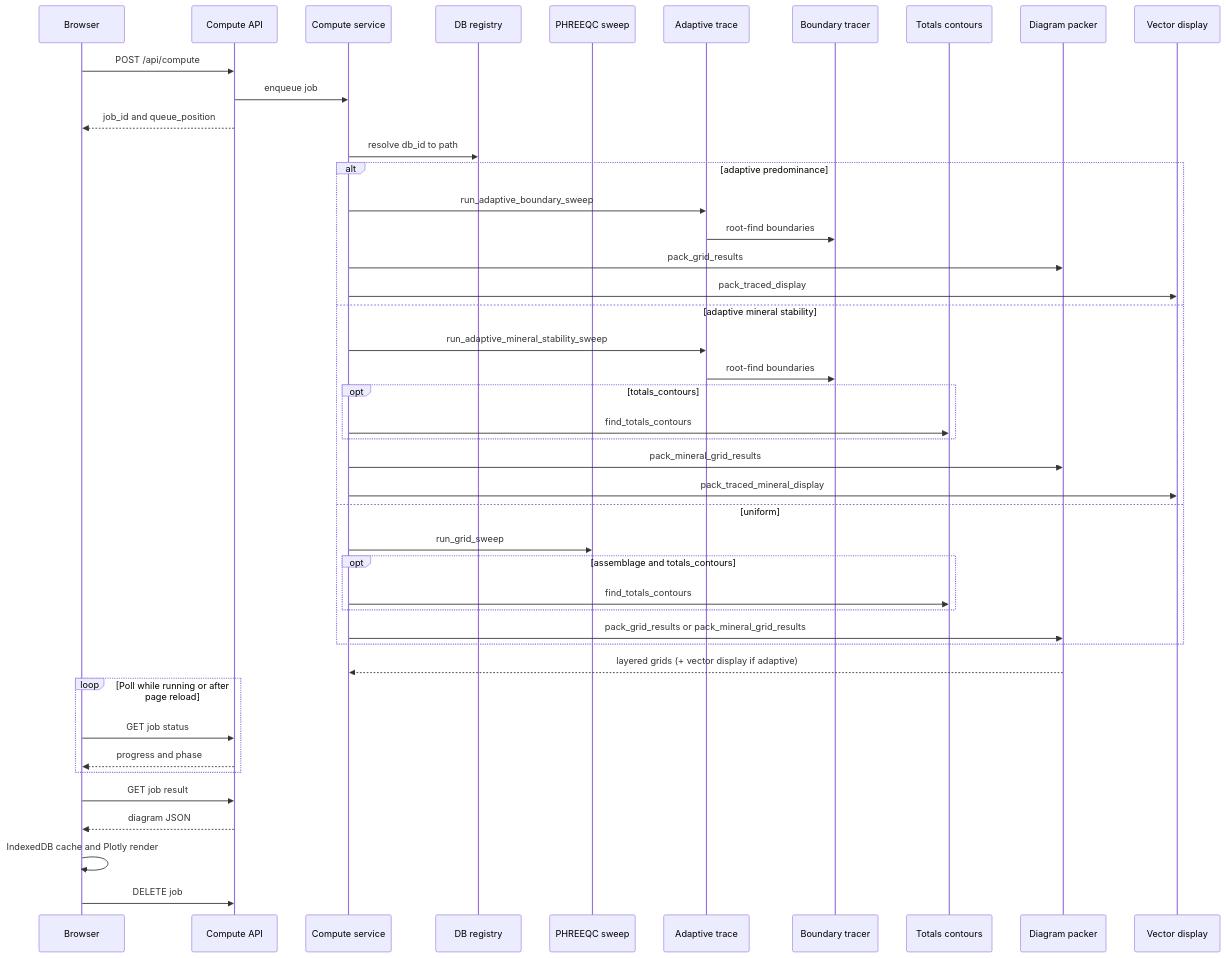
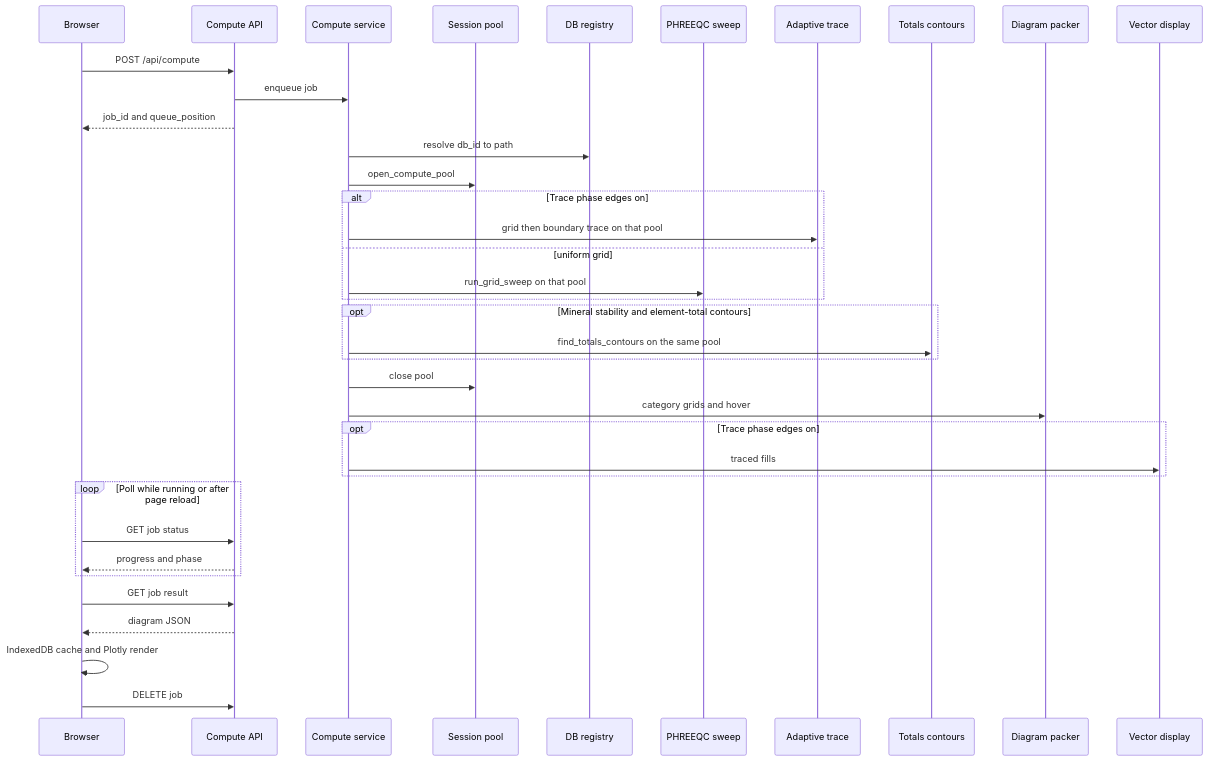
The second of 2 diagrams in README.md (Matteo-Loche/Phaser), drawn with Mermaid before and after one commit. The commit also changed other lines of this file and 12 other files, not shown here.

````diff
--- a/README.md
+++ b/README.md
@@ -1199,47 +1202,40 @@
 ```mermaid
 sequenceDiagram
     participant UI as Browser
     participant API as Compute API
     participant Job as Compute service
+    participant Pool as Session pool
     participant Reg as DB registry
     participant Sw as PHREEQC sweep
     participant Ad as Adaptive trace
-    participant Tr as Boundary tracer
     participant TC as Totals contours
     participant Pack as Diagram packer
     participant Vec as Vector display
 
     UI->>API: POST /api/compute
     API->>Job: enqueue job
     API-->>UI: job_id and queue_position
     Job->>Reg: resolve db_id to path
-    alt adaptive predominance
-        Job->>Ad: run_adaptive_boundary_sweep
-        Ad->>Tr: root-find boundaries
-        Job->>Pack: pack_grid_results
-        Job->>Vec: pack_traced_display
-    else adaptive mineral stability
-        Job->>Ad: run_adaptive_mineral_stability_sweep
-        Ad->>Tr: root-find boundaries
-        opt totals_contours
-            Job->>TC: find_totals_contours
-        end
-        Job->>Pack: pack_mineral_grid_results
-        Job->>Vec: pack_traced_mineral_display
-    else uniform
-        Job->>Sw: run_grid_sweep
-        opt assemblage and totals_contours
-            Job->>TC: find_totals_contours
-        end
-        Job->>Pack: pack_grid_results or pack_mineral_grid_results
+    Job->>Pool: open_compute_pool
+    alt Trace phase edges on
+        Job->>Ad: grid then boundary trace on that pool
+    else uniform grid
+        Job->>Sw: run_grid_sweep on that pool
     end
-    Pack-->>Job: layered grids (+ vector display if adaptive)
+    opt Mineral stability and element-total contours
+        Job->>TC: find_totals_contours on the same pool
+    end
+    Job->>Pool: close pool
+    Job->>Pack: category grids and hover
+    opt Trace phase edges on
+        Job->>Vec: traced fills
+    end
     loop Poll while running or after page reload
         UI->>API: GET job status
         API-->>UI: progress and phase
     end
     UI->>API: GET job result
     API-->>UI: diagram JSON
     UI->>UI: IndexedDB cache and Plotly render
     UI->>API: DELETE job
 ```
````
